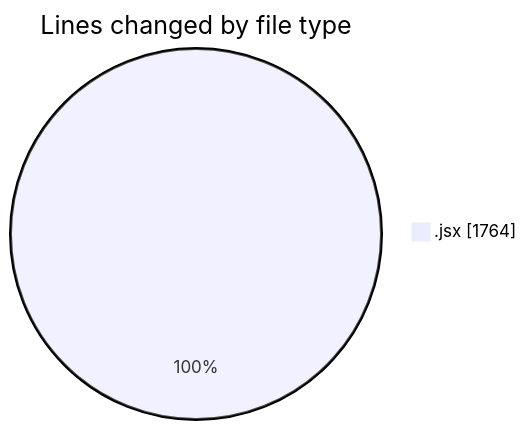
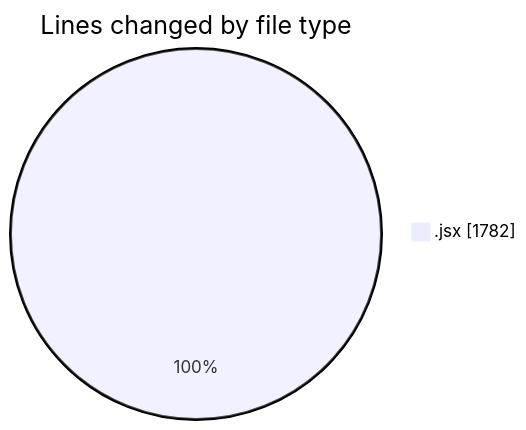
One commit to nxtqubesakshisongat/code-tracking changed the first of 2 diagrams in 2025-12-04/nxtqube_webapp/README.md. Above: the diagram before and after it, drawn with Mermaid. The commit also changed other lines of this file and 1 other file, not shown here.

````diff
--- a/2025-12-04/nxtqube_webapp/README.md
+++ b/2025-12-04/nxtqube_webapp/README.md
@@ -21,5 +21,5 @@
 ```mermaid
 pie showData
 title Lines changed by file type
-".jsx" : 1764
+".jsx" : 1782
 ```
````
